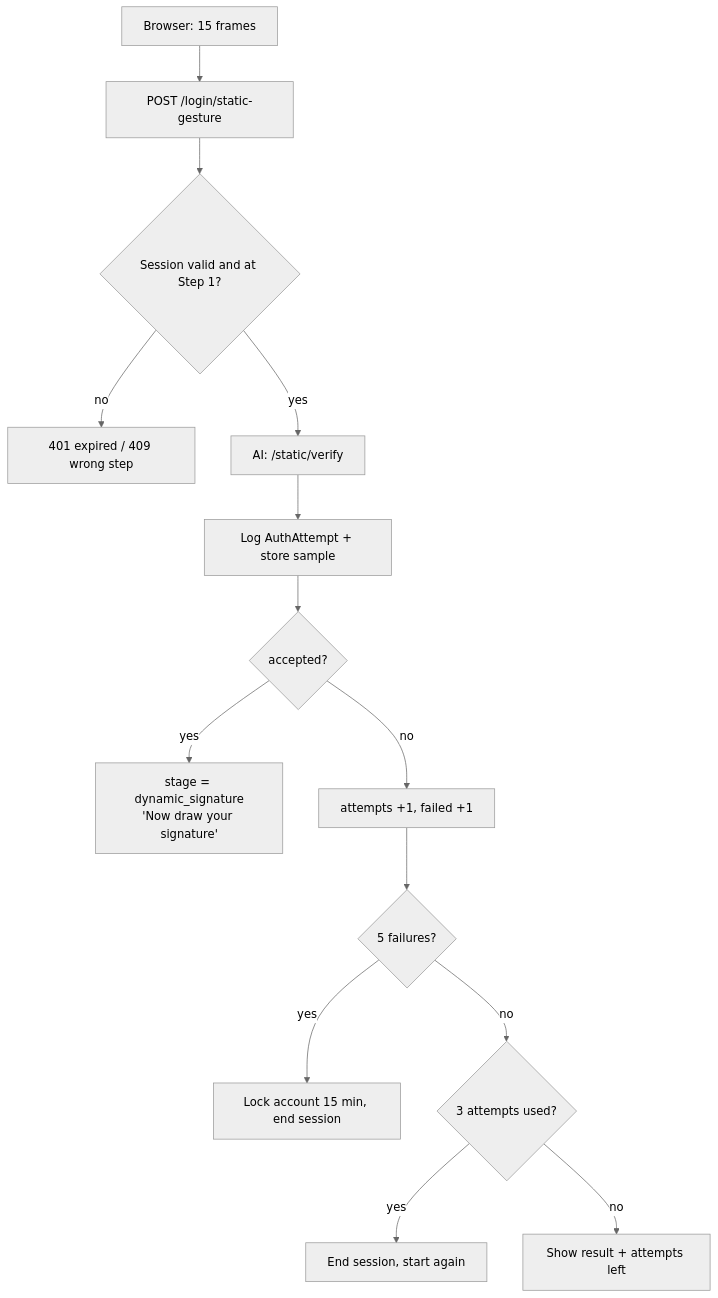
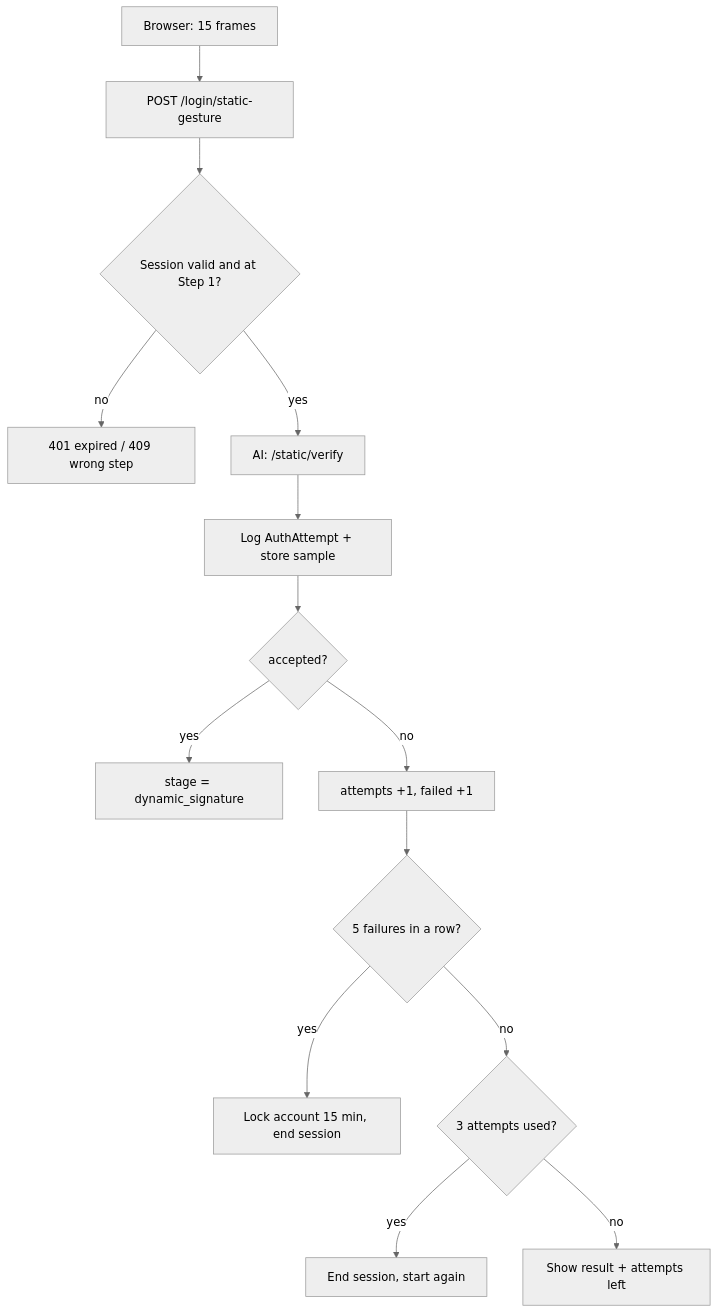
The fourth of 5 diagrams in Guide/AirAuth_Project_Guide.md (Arshad1231/AirAuth_gestureBased-Authentication), drawn with Mermaid (neutral theme) before and after one commit. The commit also changed other lines of this file and 1 other file, not shown here.

````diff
--- a/Guide/AirAuth_Project_Guide.md
+++ b/Guide/AirAuth_Project_Guide.md
@@ -222,16 +371,16 @@
 ```mermaid
 flowchart TD
     A[Browser: 15 frames] --> B[POST /login/static-gesture]
     B --> C{Session valid and at Step 1?}
     C -- no --> X[401 expired / 409 wrong step]
     C -- yes --> D[AI: /static/verify]
     D --> E[Log AuthAttempt + store sample]
     E --> F{accepted?}
-    F -- yes --> G[stage = dynamic_signature<br/>'Now draw your signature']
+    F -- yes --> G[stage = dynamic_signature]
     F -- no --> H[attempts +1, failed +1]
-    H --> I{5 failures?}
+    H --> I{5 failures in a row?}
     I -- yes --> L[Lock account 15 min, end session]
     I -- no --> J{3 attempts used?}
     J -- yes --> K[End session, start again]
     J -- no --> M[Show result + attempts left]
 ```
````
